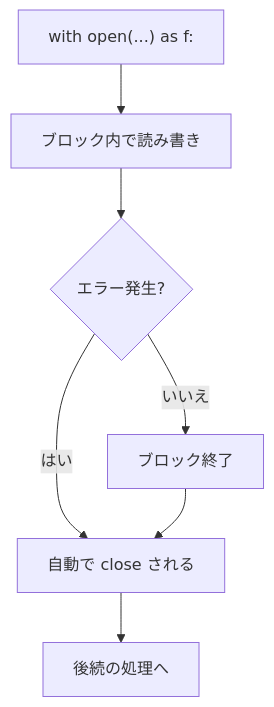
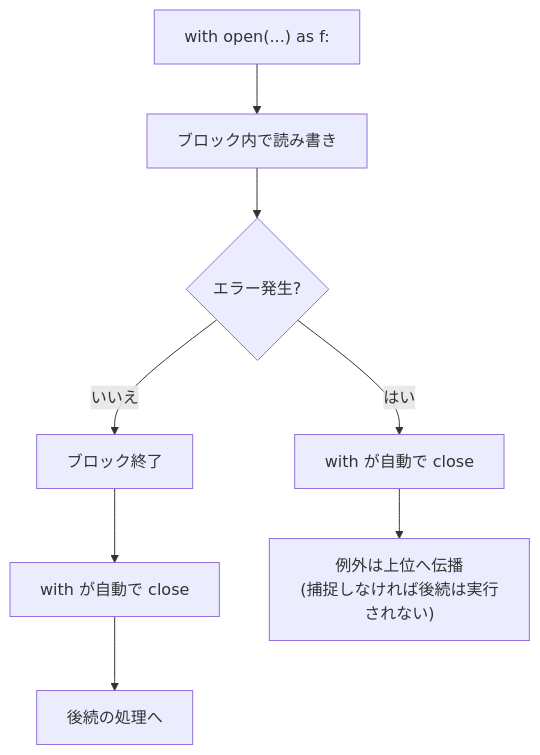
Before and after one commit to RikiFukushima/textbook-gen: the diagram in textbooks/programming-languages/curriculums/python-basics/chapters/04/sections/02-with-statement.md, drawn with Mermaid. The commit also changed other lines of this file and 299 other files, not shown here.

````diff
--- a/textbooks/programming-languages/curriculums/python-basics/chapters/04/sections/02-with-statement.md
+++ b/textbooks/programming-languages/curriculums/python-basics/chapters/04/sections/02-with-statement.md
@@ -59,9 +59,10 @@
 ```mermaid
 flowchart TD
     A["with open(...) as f:"] --> B[ブロック内で読み書き]
     B --> C{エラー発生?}
-    C -- "はい" --> D[自動で close される]
     C -- "いいえ" --> E[ブロック終了]
-    E --> D
-    D --> F[後続の処理へ]
+    E --> G["with が自動で close"]
+    G --> H[後続の処理へ]
+    C -- "はい" --> D["with が自動で close"]
+    D --> I["例外は上位へ伝播<br/>(捕捉しなければ後続は実行されない)"]
 ```
````
